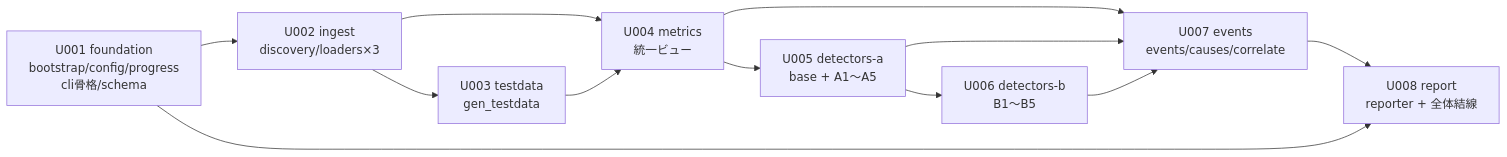
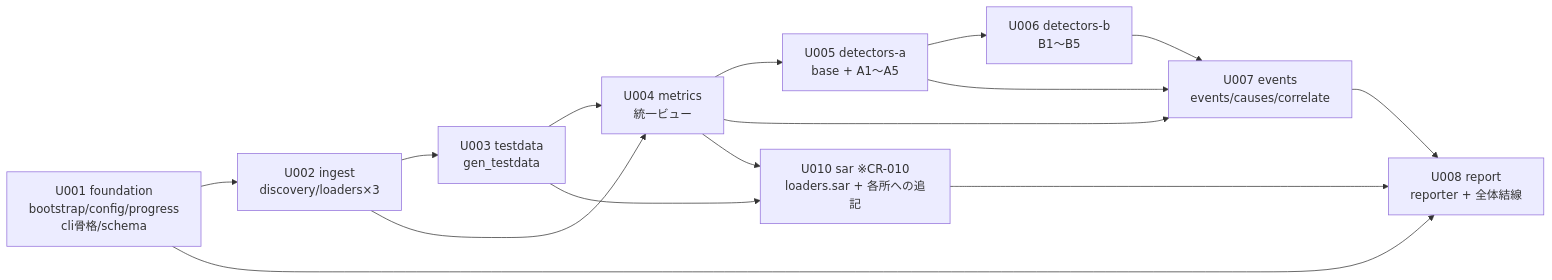
One commit to kagyuu/AnomalyDetect changed the diagram in docs/P005-impl-plan.md. Above: the diagram before and after it, drawn with Mermaid. The commit also changed other lines of this file and 60 other files, not shown here.

````diff
--- a/docs/P005-impl-plan.md
+++ b/docs/P005-impl-plan.md
@@ -229,14 +254,17 @@
 ```mermaid
 flowchart LR
     U001["U001 foundation<br/>bootstrap/config/progress<br/>cli骨格/schema"] --> U002["U002 ingest<br/>discovery/loaders×3"]
     U002 --> U003["U003 testdata<br/>gen_testdata"]
     U002 --> U004["U004 metrics<br/>統一ビュー"]
     U003 --> U004
     U004 --> U005["U005 detectors-a<br/>base + A1〜A5"]
     U005 --> U006["U006 detectors-b<br/>B1〜B5"]
     U004 --> U007["U007 events<br/>events/causes/correlate"]
     U005 --> U007
     U006 --> U007
     U007 --> U008["U008 report<br/>reporter + 全体結線"]
     U001 --> U008
+    U004 --> U010["U010 sar ※CR-010<br/>loaders.sar + 各所への追記"]
+    U003 --> U010
+    U010 --> U008
 ```
````
